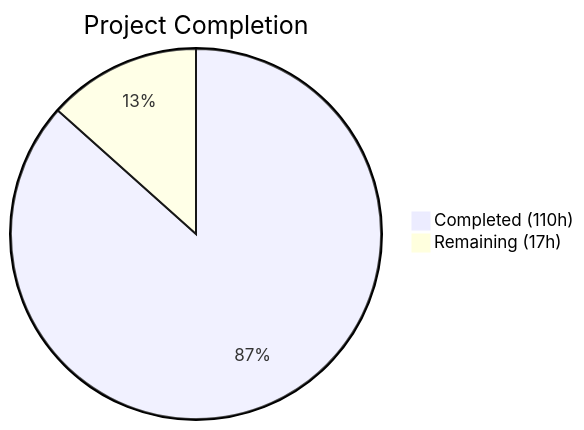
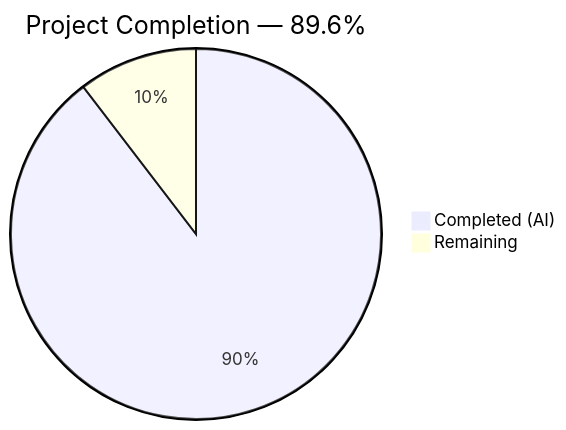
Before and after one commit to Blitzy-Sandbox/blitzy-RudderStack: the first of 2 diagrams in blitzy/documentation/Project Guide.md, drawn with Mermaid. The commit also changed other lines of this file, not shown here.

Commit message:
Adding Blitzy Project Guide: Project Status and Human Tasks Remaining

````diff
--- a/blitzy/documentation/Project Guide.md
+++ b/blitzy/documentation/Project Guide.md
@@ -13,5 +13,5 @@
 ```mermaid
-pie title Project Completion
-    "Completed (110h)" : 110
-    "Remaining (17h)" : 17
+pie title Project Completion — 89.6%
+    "Completed (AI)" : 155
+    "Remaining" : 18
 ```
````
